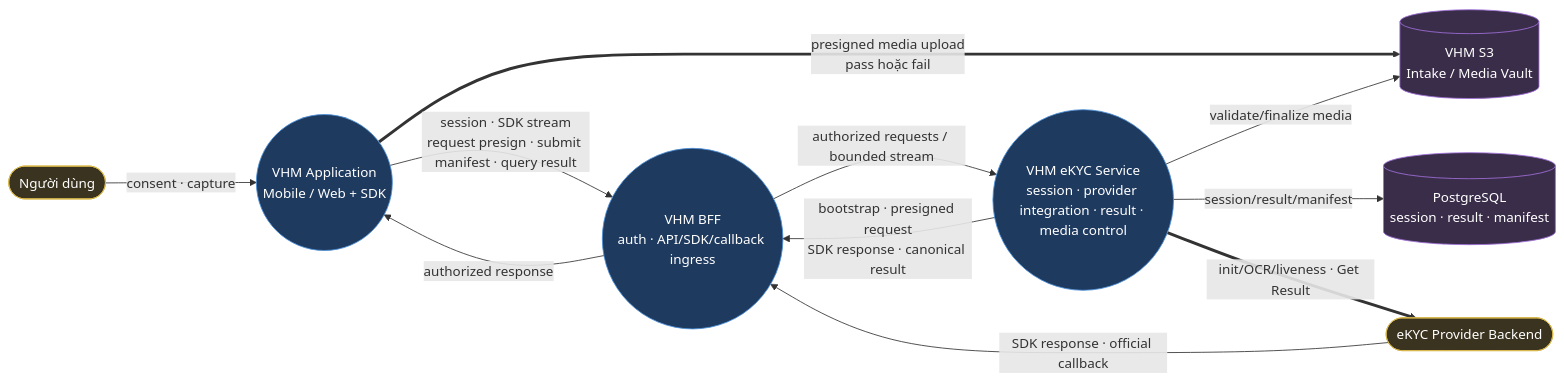
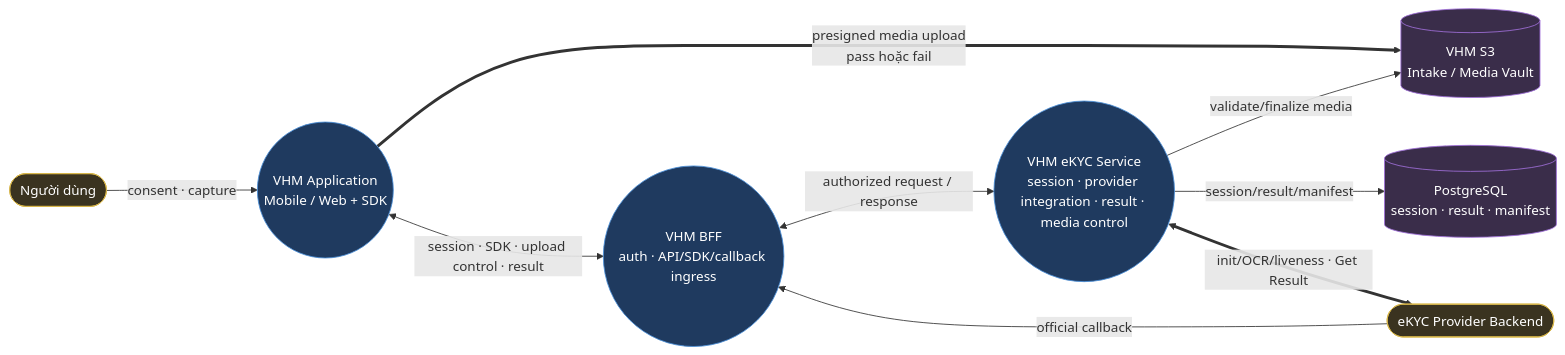
Before and after one commit to huynv-xyz/vhm: the third of 19 diagrams in tdd2.md, drawn with Mermaid. The commit also changed other lines of this file, not shown here.

````diff
--- a/tdd2.md
+++ b/tdd2.md
@@ -488,25 +482,23 @@
 ```mermaid
 flowchart LR
     USER(["Người dùng"]):::entity
     BACKEND(["eKYC Provider Backend"]):::entity
     APP(("VHM Application<br/>Mobile / Web + SDK")):::process
     BFF(("VHM BFF<br/>auth · API/SDK/callback ingress")):::process
     EKYC_SERVICE(("VHM eKYC Service<br/>session · provider integration · result · media control")):::process
     DB[("PostgreSQL<br/>session · result · manifest")]:::datastore
     S3[("VHM S3<br/>Intake / Media Vault")]:::datastore
 
     USER -->|consent · capture| APP
-    APP -->|session · SDK stream<br/>request presign · submit manifest · query result| BFF
-    BFF -->|authorized requests / bounded stream| EKYC_SERVICE
-    EKYC_SERVICE -->|bootstrap · presigned request<br/>SDK response · canonical result| BFF
-    BFF -->|authorized response| APP
+    APP <-->|session · SDK · upload control · result| BFF
+    BFF <-->|authorized request / response| EKYC_SERVICE
     APP ==>|presigned media upload<br/>pass hoặc fail| S3
     EKYC_SERVICE -->|validate/finalize media| S3
     EKYC_SERVICE -->|session/result/manifest| DB
-    EKYC_SERVICE ==>|init/OCR/liveness · Get Result| BACKEND
-    BACKEND -->|SDK response · official callback| BFF
+    EKYC_SERVICE <==>|init/OCR/liveness · Get Result| BACKEND
+    BACKEND -->|official callback| BFF
 
     classDef entity fill:#3a3320,stroke:#d9b84a,color:#fff;
     classDef process fill:#1f3a5f,stroke:#4a90d9,color:#fff;
     classDef datastore fill:#3a2d4a,stroke:#a06fd9,color:#fff;
 ```
````
